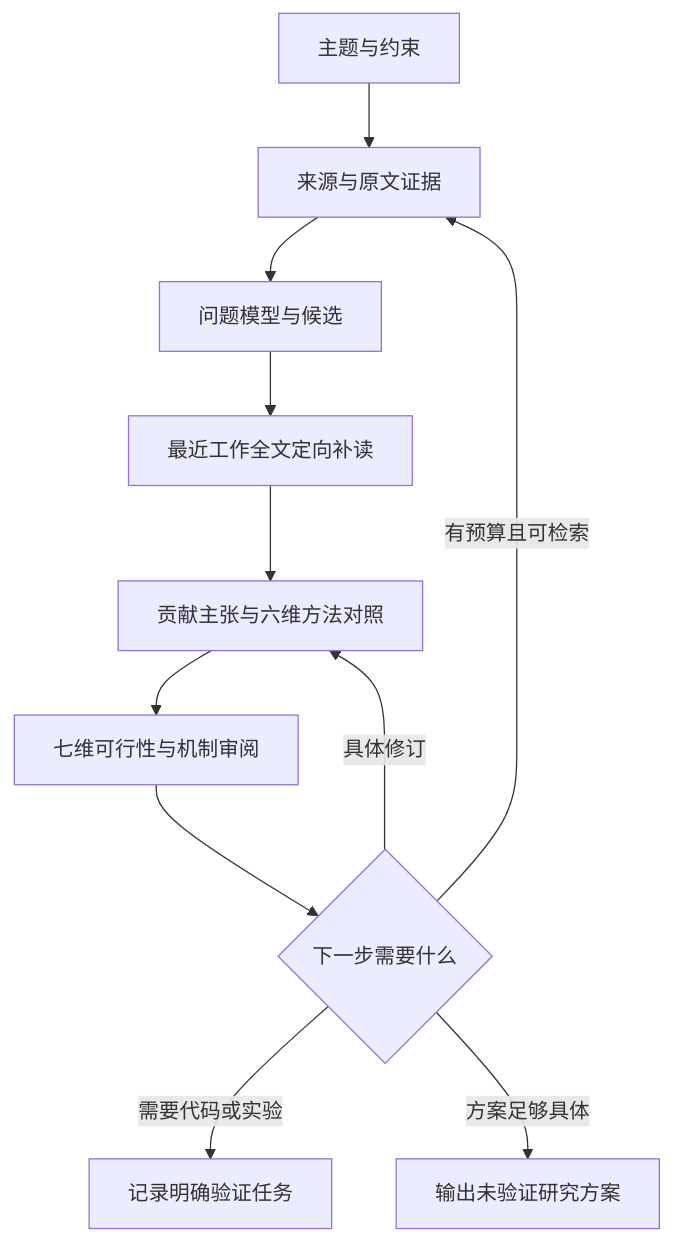
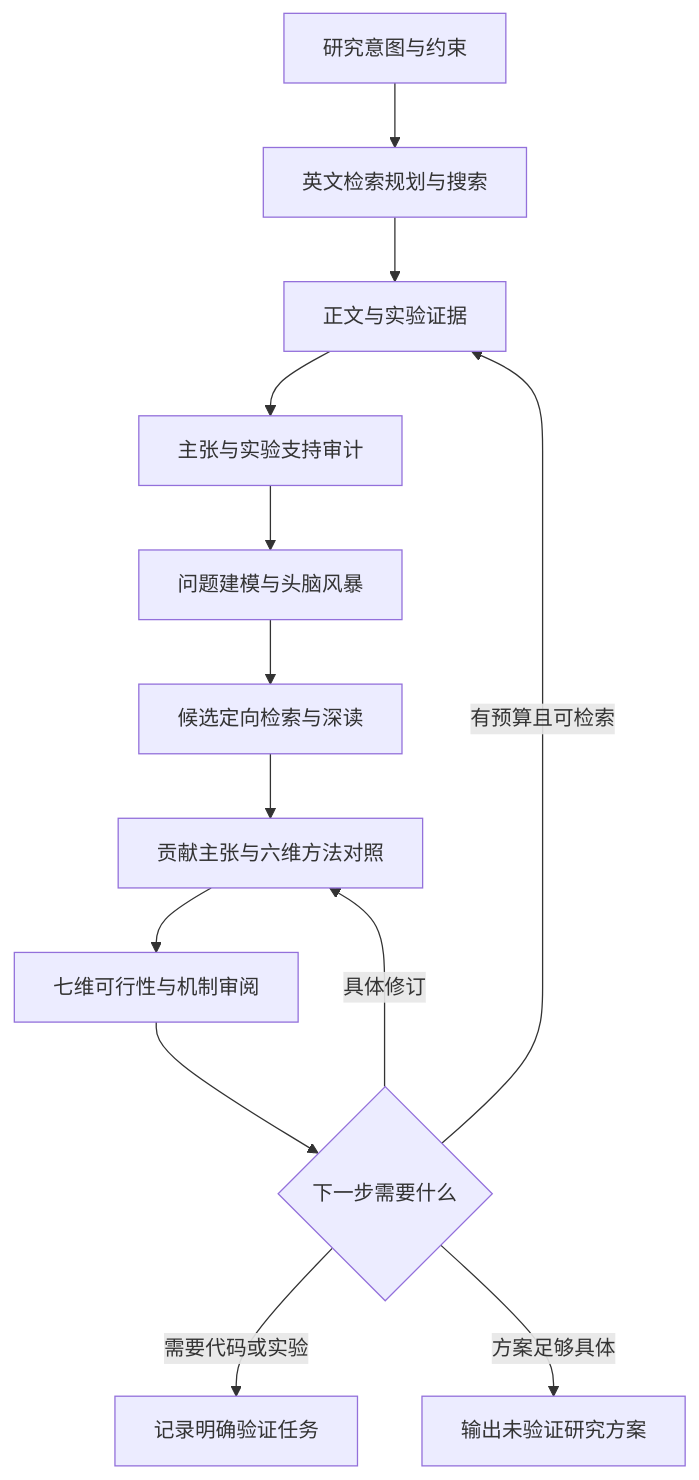
The diagram in docs/architecture.md (ghh1125/Research-idea), drawn with Mermaid before and after one commit. The commit also changed other lines of this file and 82 other files, not shown here.

````diff
--- a/docs/architecture.md
+++ b/docs/architecture.md
@@ -19,13 +19,15 @@
 ```mermaid
 flowchart TD
-    A["主题与约束"] --> B["来源与原文证据"]
-    B --> C["问题模型与候选"]
-    C --> R["最近工作全文定向补读"]
+    A["研究意图与约束"] --> S["英文检索规划与搜索"]
+    S --> B["正文与实验证据"]
+    B --> Q["主张与实验支持审计"]
+    Q --> C["问题建模与头脑风暴"]
+    C --> R["候选定向检索与深读"]
     R --> D["贡献主张与六维方法对照"]
     D --> E["七维可行性与机制审阅"]
     E --> F{"下一步需要什么"}
     F -->|有预算且可检索| B
     F -->|具体修订| D
     F -->|需要代码或实验| G["记录明确验证任务"]
     F -->|方案足够具体| H["输出未验证研究方案"]
 ```
````
